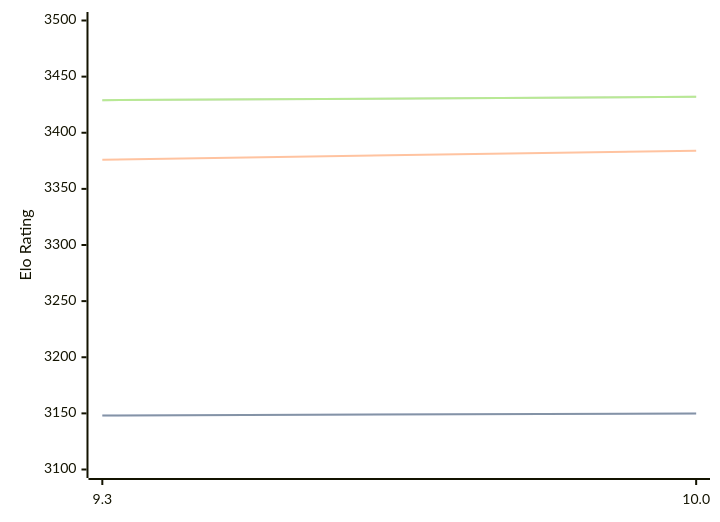
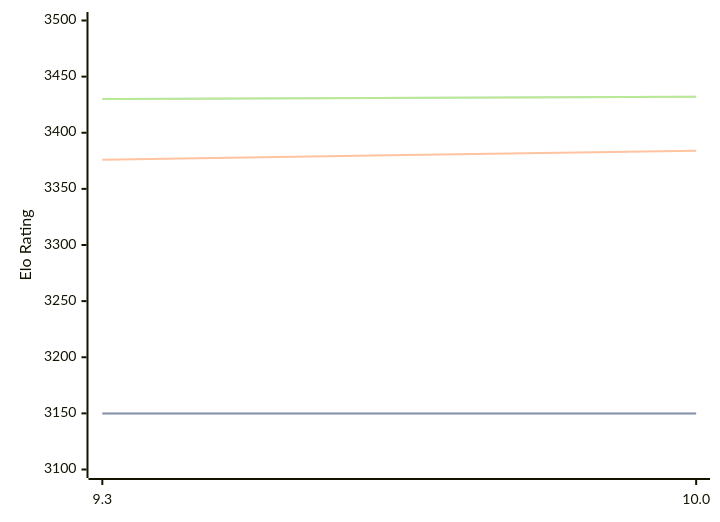
Before and after one commit to computer-chess-index/cci: the diagram in engines/Fire.md, drawn with Mermaid. The commit also changed other lines of this file, not shown here.

Commit message:
Update CCI Ratings (ELO VLTC) - 2026-09-08

````diff
--- a/engines/Fire.md
+++ b/engines/Fire.md
@@ -32,11 +32,11 @@
 ```mermaid
 %%{init: {"theme":"base","themeVariables":{"seriesColors:['#a3a3a3','#222221','#faa371']}}}%%
 xychart-beta
   x-axis ["9.3", "10.0"]
   y-axis "Elo Rating" 3100 --> 3500
-  line "" [3148, 3150]
-  line "STC (8.0+0.08s)" [3148, 3150]
+  line "" [3150, 3150]
+  line "STC (8.0+0.08s)" [3150, 3150]
   line "LTC (60.0+0.60s)" [3376, 3384]
-  line "" [3429, 3432]
-  line "VLTC (2m24s+1.12s)" [3429, 3432]
+  line "" [3430, 3432]
+  line "VLTC (2m24s+1.12s)" [3430, 3432]
 ```
````
